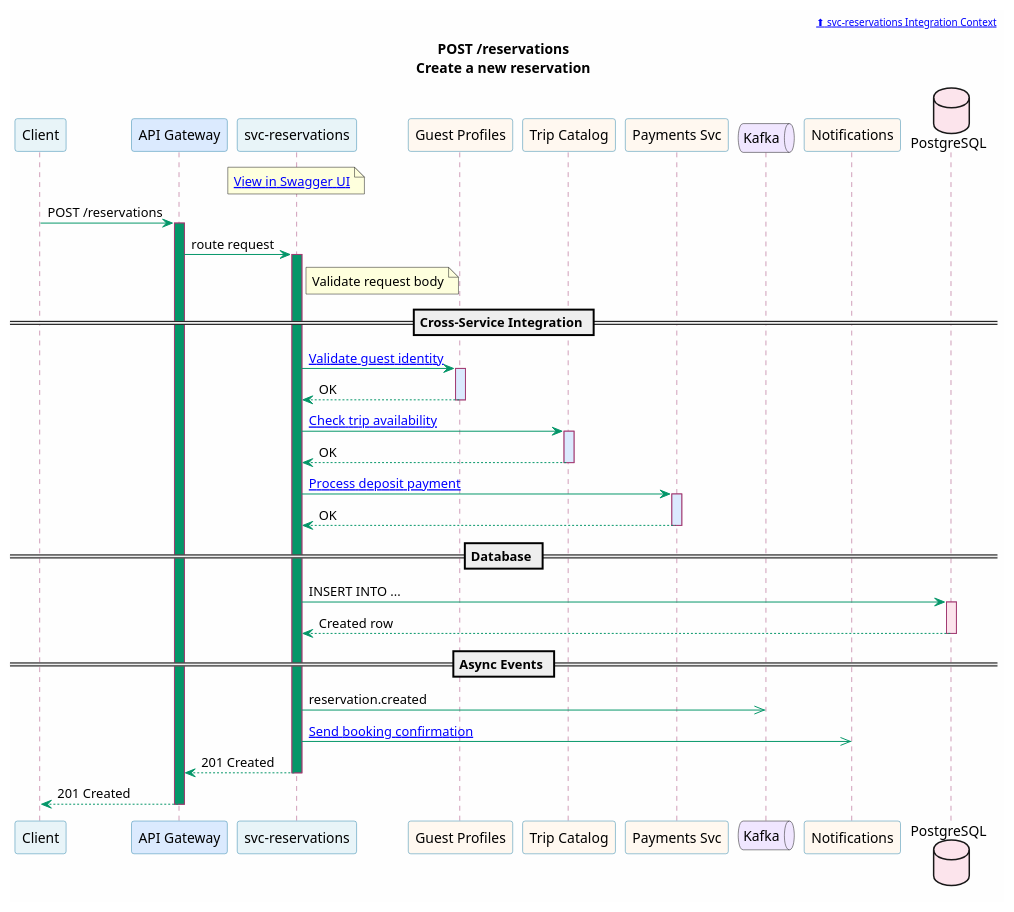
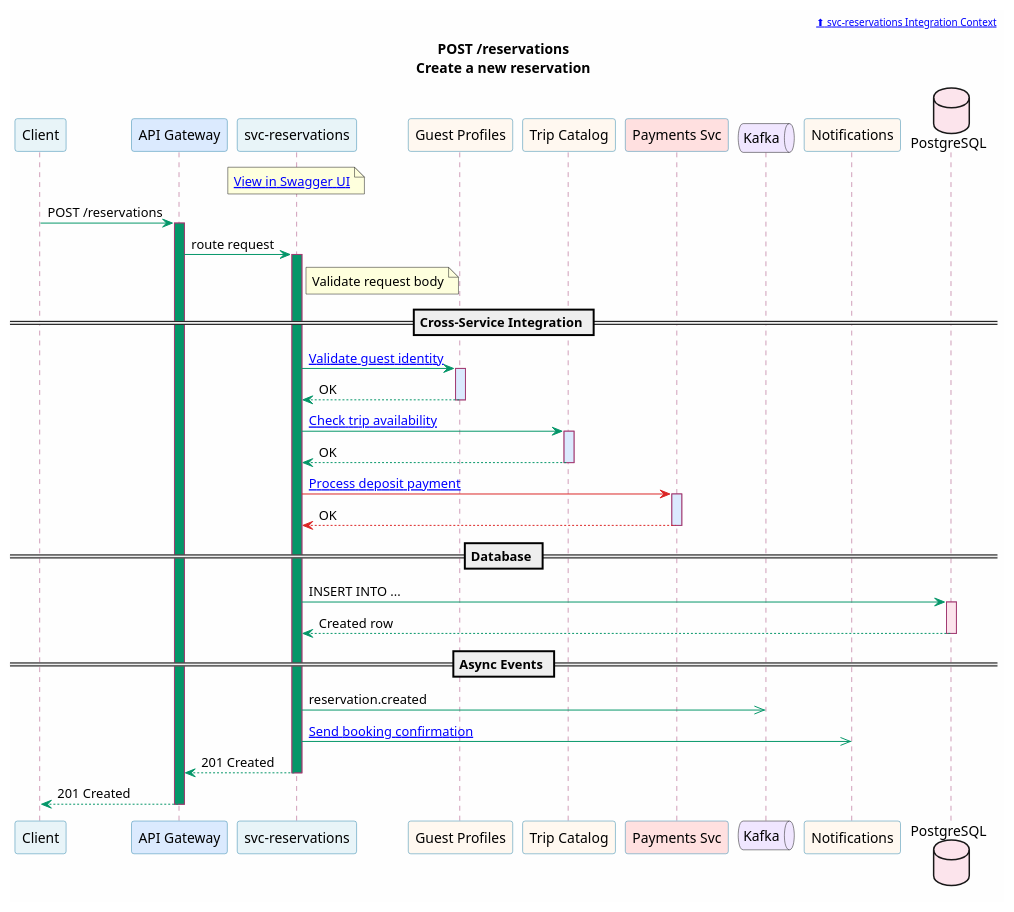
The diagram in portal/docs/microservices/puml/svc-reservations--post-reservations.puml (christopherblaisdell/continuous-architecture-platform-poc), drawn with PlantUML before and after one commit. The commit also changed 60 other files, not shown here.

First line of the commit message:
PCI DSS compliance zone with Payment Gateway and red data flow lines

```diff
--- a/portal/docs/microservices/puml/svc-reservations--post-reservations.puml
+++ b/portal/docs/microservices/puml/svc-reservations--post-reservations.puml
@@ -1,76 +1,76 @@
 @startuml svc-reservations--post-reservations
 
 skinparam backgroundColor #FEFEFE
 skinparam shadowing false
 skinparam defaultFontName "Segoe UI"
 skinparam sequence {
     ArrowColor #059669
     ParticipantBorderColor #2E86AB
     ParticipantBackgroundColor #E8F4F8
     LifeLineBorderColor #A23B72
     BoxBorderColor #F18F01
     BoxBackgroundColor #FFF8F0
     NoteBorderColor #c77b30
     NoteBackgroundColor #FEF3E7
 }
 
 header [[/microservices/svc-reservations/#integration-context ⬆ svc-reservations Integration Context]]
 
 title POST /reservations\nCreate a new reservation
 
 participant "Client" as Client [[/applications/]]
 participant "API Gateway" as GW #DBEAFE
 participant "svc-reservations" as Svc [[/microservices/svc-reservations/]] #E8F4F8
 participant "Guest Profiles" as GP [[/microservices/svc-guest-profiles/]] #FFF8F0
 participant "Trip Catalog" as TC [[/microservices/svc-trip-catalog/]] #FFF8F0
-participant "Payments Svc" as Pay [[/microservices/svc-payments/]] #FFF8F0
+participant "Payments Svc" as Pay [[/microservices/svc-payments/]] #FFE0E0
 queue "Kafka" as Kafka #F0E6FF
 participant "Notifications" as Ntfy [[/microservices/svc-notifications/]] #FFF8F0
 database "PostgreSQL" as DB #FCE4EC
 
 note over Svc
   [[/services/api/svc-reservations.html#/Reservations/createReservation View in Swagger UI]]
 end note
 
 Client -> GW : POST /reservations
 activate GW #059669
 GW -> Svc : route request
 activate Svc #059669
 
 note right of Svc : Validate request body
 
 == Cross-Service Integration ==
 
 Svc -> GP : [[/microservices/svc-guest-profiles/#get-guestsguest_id-get-guest-profile Validate guest identity]]
 activate GP #DBEAFE
 GP --> Svc : OK
 deactivate GP
 
 Svc -> TC : [[/microservices/svc-trip-catalog/#get-tripstrip_id-get-trip-details Check trip availability]]
 activate TC #DBEAFE
 TC --> Svc : OK
 deactivate TC
 
-Svc -> Pay : [[/microservices/svc-payments/#post-payments-process-a-payment Process deposit payment]]
+Svc -[#DC2626]> Pay : [[/microservices/svc-payments/#post-payments-process-a-payment Process deposit payment]]
 activate Pay #DBEAFE
-Pay --> Svc : OK
+Pay --[#DC2626]> Svc : OK
 deactivate Pay
 
 == Database ==
 
 Svc -> DB : INSERT INTO ...
 activate DB #FCE4EC
 DB --> Svc : Created row
 deactivate DB
 
 == Async Events ==
 
 Svc ->> Kafka : reservation.created
 Svc ->> Ntfy : [[/microservices/svc-notifications/#post-notifications-send-a-notification Send booking confirmation]]
 
 Svc --> GW : 201 Created
 deactivate Svc
 GW --> Client : 201 Created
 deactivate GW
 
 @enduml
```
